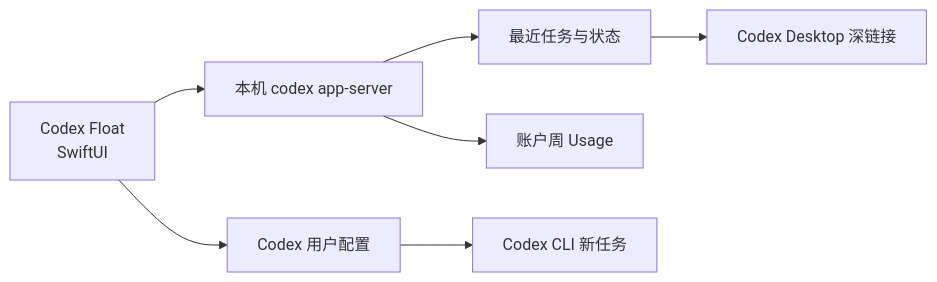
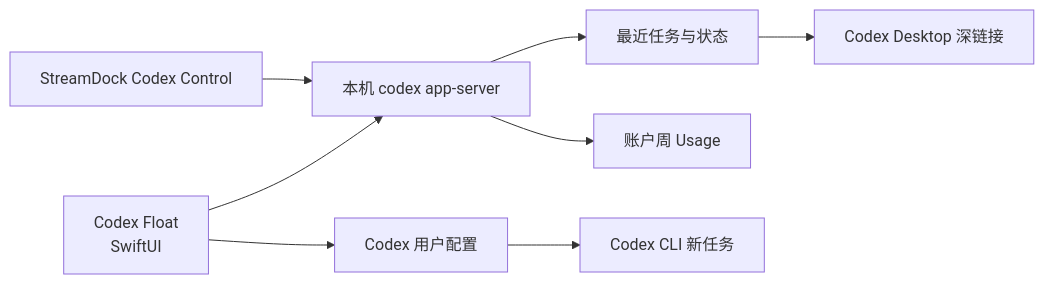
The diagram in README.md (saheru/vibe-float), drawn with Mermaid before and after one commit. The commit also changed other lines of this file and 27 other files, not shown here.

Commit message:
feat: publish generic StreamDock Codex control plugin

````diff
--- a/README.md
+++ b/README.md
@@ -80,9 +81,10 @@
 ```mermaid
 flowchart LR
     Float["Codex Float<br/>SwiftUI"] --> AS["本机 codex app-server"]
     AS --> Threads["最近任务与状态"]
     AS --> Limits["账户周 Usage"]
     Float --> Config["Codex 用户配置"]
     Config --> CLI["Codex CLI 新任务"]
     Threads --> Desktop["Codex Desktop 深链接"]
+    Dock["StreamDock Codex Control"] --> AS
 ```
````
